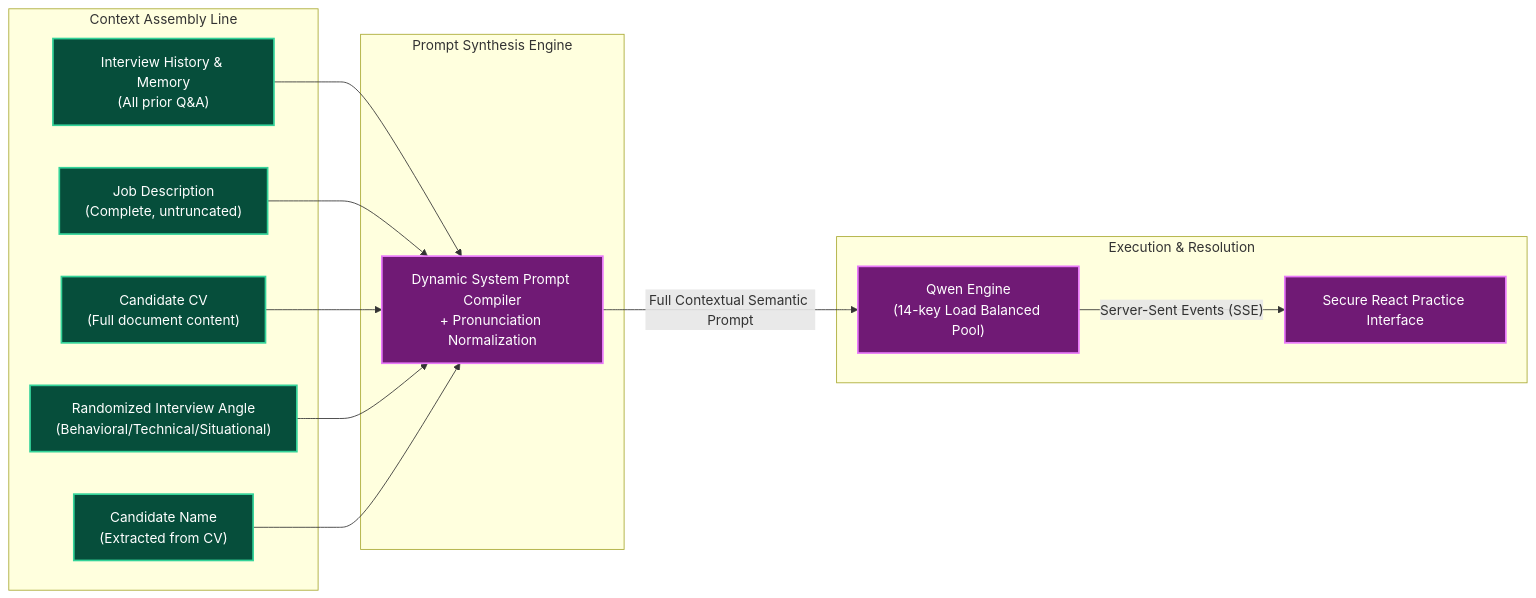
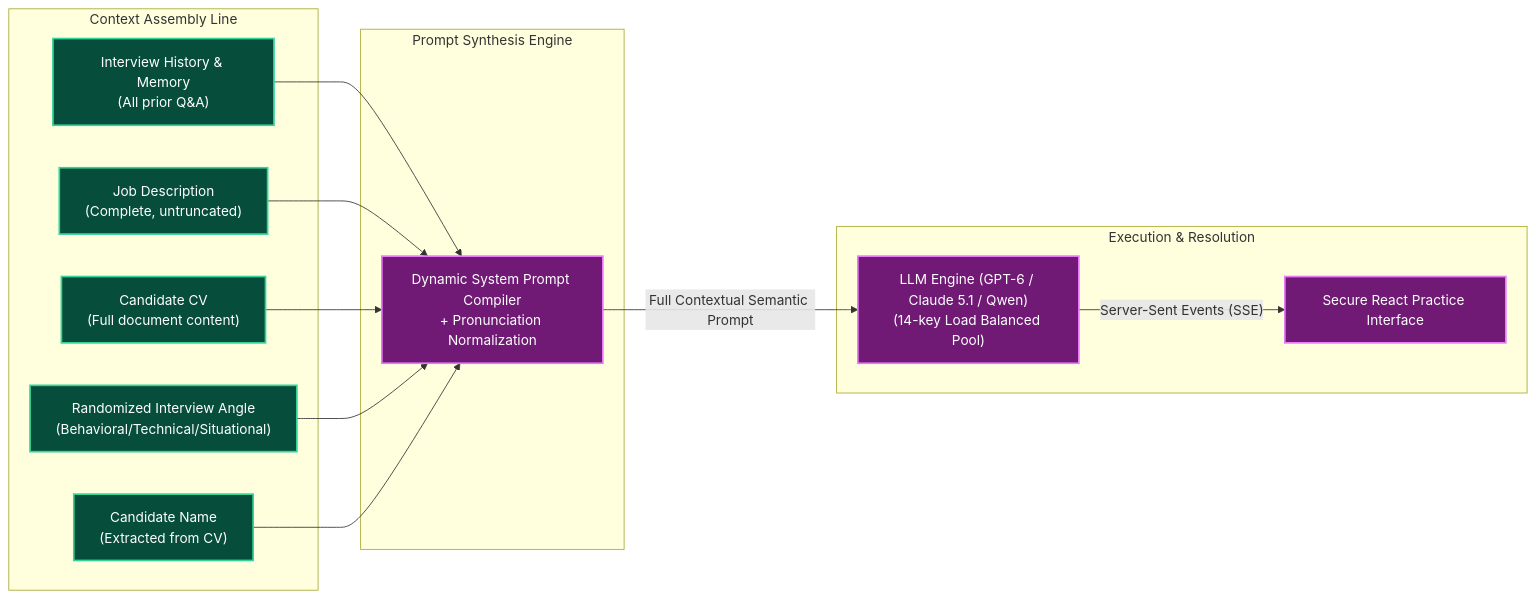
Before and after one commit to ziademad02153/ZEDX-AI-Simulator: the fifth of 8 diagrams in README.md, drawn with Mermaid. The commit also changed other lines of this file and 99 other files, not shown here.

````diff
--- a/README.md
+++ b/README.md
@@ -164,32 +164,32 @@
 ```mermaid
 graph LR
     subgraph ContextAssemblyLine ["Context Assembly Line"]
         HISTORY["Interview History & Memory\n(All prior Q&A)"]
         JD["Job Description\n(Complete, untruncated)"]
         RESUME["Candidate CV\n(Full document content)"]
         ANGLE["Randomized Interview Angle\n(Behavioral/Technical/Situational)"]
         NAME["Candidate Name\n(Extracted from CV)"]
     end
 
     subgraph PromptSynthesisEngine ["Prompt Synthesis Engine"]
         COMPILER["Dynamic System Prompt Compiler\n+ Pronunciation Normalization"]
         HISTORY --> COMPILER
         JD --> COMPILER
         RESUME --> COMPILER
         ANGLE --> COMPILER
         NAME --> COMPILER
     end
 
     subgraph ExecutionResolution ["Execution & Resolution"]
-        LLM["Qwen Engine\n(14-key Load Balanced Pool)"]
+        LLM["LLM Engine (GPT-6 / Claude 5.1 / Qwen)\n(14-key Load Balanced Pool)"]
         UI["Secure React Practice Interface"]
         COMPILER -- "Full Contextual Semantic Prompt" --> LLM
         LLM -- "Server-Sent Events (SSE)" --> UI
     end
     
     classDef data fill:#064e3b,stroke:#34d399,stroke-width:2px,color:#fff;
     classDef engine fill:#701a75,stroke:#e879f9,stroke-width:2px,color:#fff;
     
     class HISTORY,JD,RESUME,ANGLE,NAME data;
     class COMPILER,LLM,UI engine;
 ```
````
